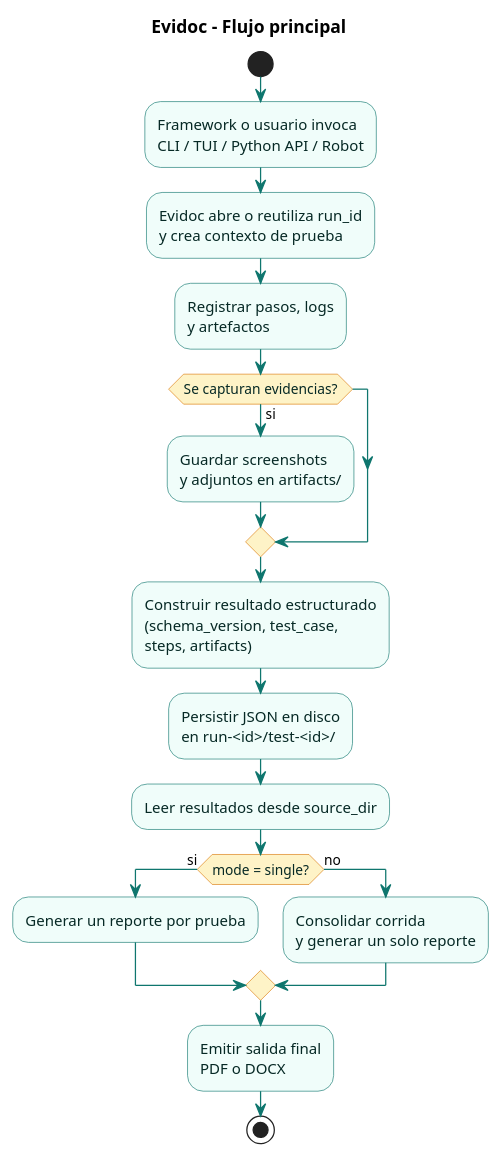
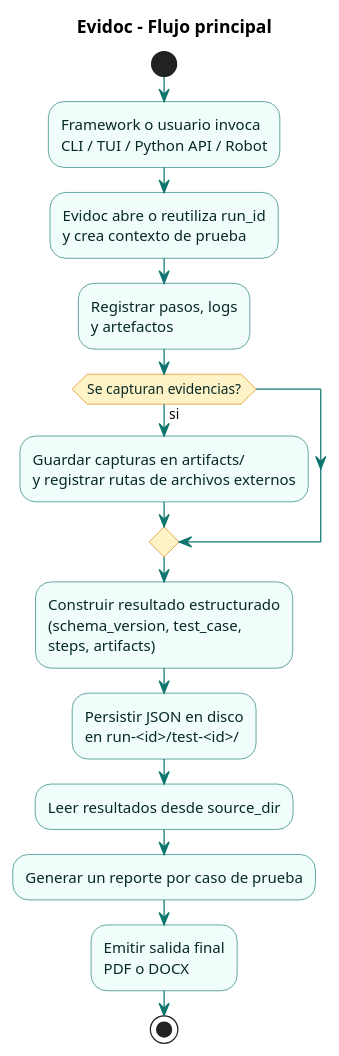
The diagram in evidoc/resources/docs/site/uml/flujo-operativo.puml (angel-valdezzz/evidoc), drawn with PlantUML before and after one commit. The commit also changed 70 other files, not shown here.

```diff
--- a/evidoc/resources/docs/site/uml/flujo-operativo.puml
+++ b/evidoc/resources/docs/site/uml/flujo-operativo.puml
@@ -1,33 +1,29 @@
 @startuml
 title Evidoc - Flujo principal
 
 skinparam backgroundColor #FFFFFF
 skinparam shadowing false
 skinparam ArrowColor #0F766E
 skinparam activity {
   BackgroundColor #F0FDFA
   BorderColor #0F766E
   FontColor #062925
   DiamondBackgroundColor #FEF3C7
   DiamondBorderColor #D97706
 }
 
 start
 :Framework o usuario invoca\nCLI / TUI / Python API / Robot;
 :Evidoc abre o reutiliza run_id\ny crea contexto de prueba;
 :Registrar pasos, logs\ny artefactos;
 if (Se capturan evidencias?) then (si)
-  :Guardar screenshots\ny adjuntos en artifacts/;
+  :Guardar capturas en artifacts/\ny registrar rutas de archivos externos;
 endif
 :Construir resultado estructurado\n(schema_version, test_case,\nsteps, artifacts);
 :Persistir JSON en disco\nen run-<id>/test-<id>/;
 :Leer resultados desde source_dir;
-if (mode = single?) then (si)
-  :Generar un reporte por prueba;
-else (no)
-  :Consolidar corrida\ny generar un solo reporte;
-endif
+:Generar un reporte por caso de prueba;
 :Emitir salida final\nPDF o DOCX;
 stop
 
 @enduml
```
